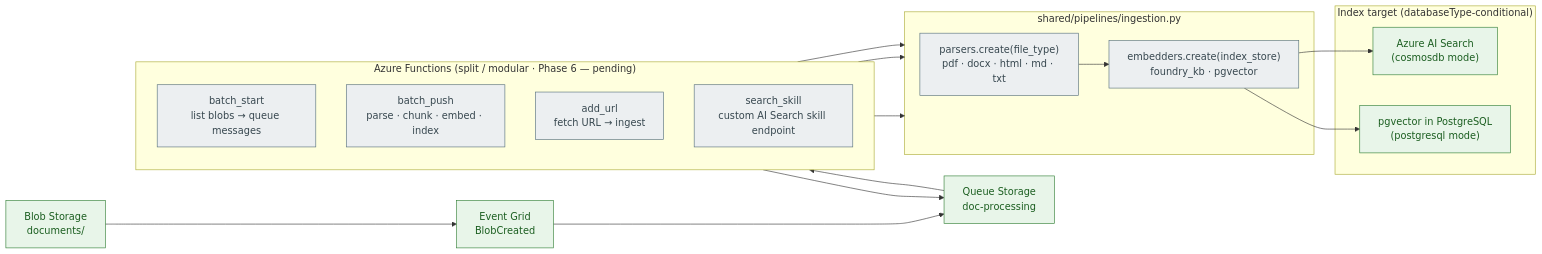
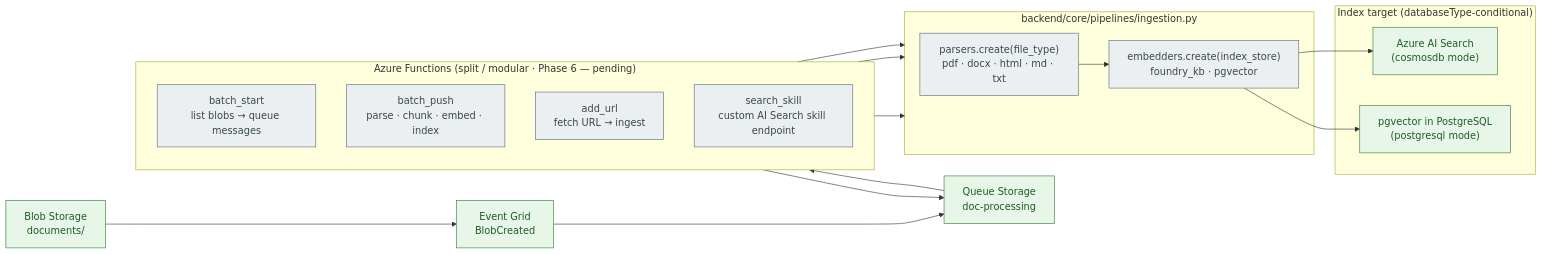
Before and after one commit to Azure-Samples/chat-with-your-data-solution-accelerator: the third of 4 diagrams in v2/docs/status_presentation.md, drawn with Mermaid. The commit also changed other lines of this file and 3 other files, not shown here.

````diff
--- a/v2/docs/status_presentation.md
+++ b/v2/docs/status_presentation.md
@@ -265,38 +265,38 @@
 ```mermaid
 flowchart LR
     Blob["Blob Storage<br/>documents/"]
     EG["Event Grid<br/>BlobCreated"]
     Q["Queue Storage<br/>doc-processing"]
 
     subgraph Func["Azure Functions (split / modular · Phase 6 — pending)"]
         direction TB
         BS["batch_start<br/>list blobs &rarr; queue messages"]
         BP["batch_push<br/>parse · chunk · embed · index"]
         AU["add_url<br/>fetch URL &rarr; ingest"]
         SS["search_skill<br/>custom AI Search skill endpoint"]
     end
 
-    subgraph Pipe["shared/pipelines/ingestion.py"]
+    subgraph Pipe["backend/core/pipelines/ingestion.py"]
         Parse["parsers.create(file_type)<br/>pdf · docx · html · md · txt"]
         Embed["embedders.create(index_store)<br/>foundry_kb · pgvector"]
         Parse --> Embed
     end
 
     subgraph Idx["Index target (databaseType-conditional)"]
         AIS["Azure AI Search<br/>(cosmosdb mode)"]
         PGV["pgvector in PostgreSQL<br/>(postgresql mode)"]
     end
 
     Blob --> EG --> Q --> BP
     BS --> Q
     AU --> Pipe
     BP --> Pipe
     SS --> Pipe
     Embed --> AIS
     Embed --> PGV
 
     classDef done fill:#E8F5E9,stroke:#2E7D32,color:#1B5E20
     classDef pending fill:#ECEFF1,stroke:#546E7A,color:#37474F
     class Blob,EG,Q,AIS,PGV done
     class BS,BP,AU,SS,Parse,Embed pending
 ```
````
